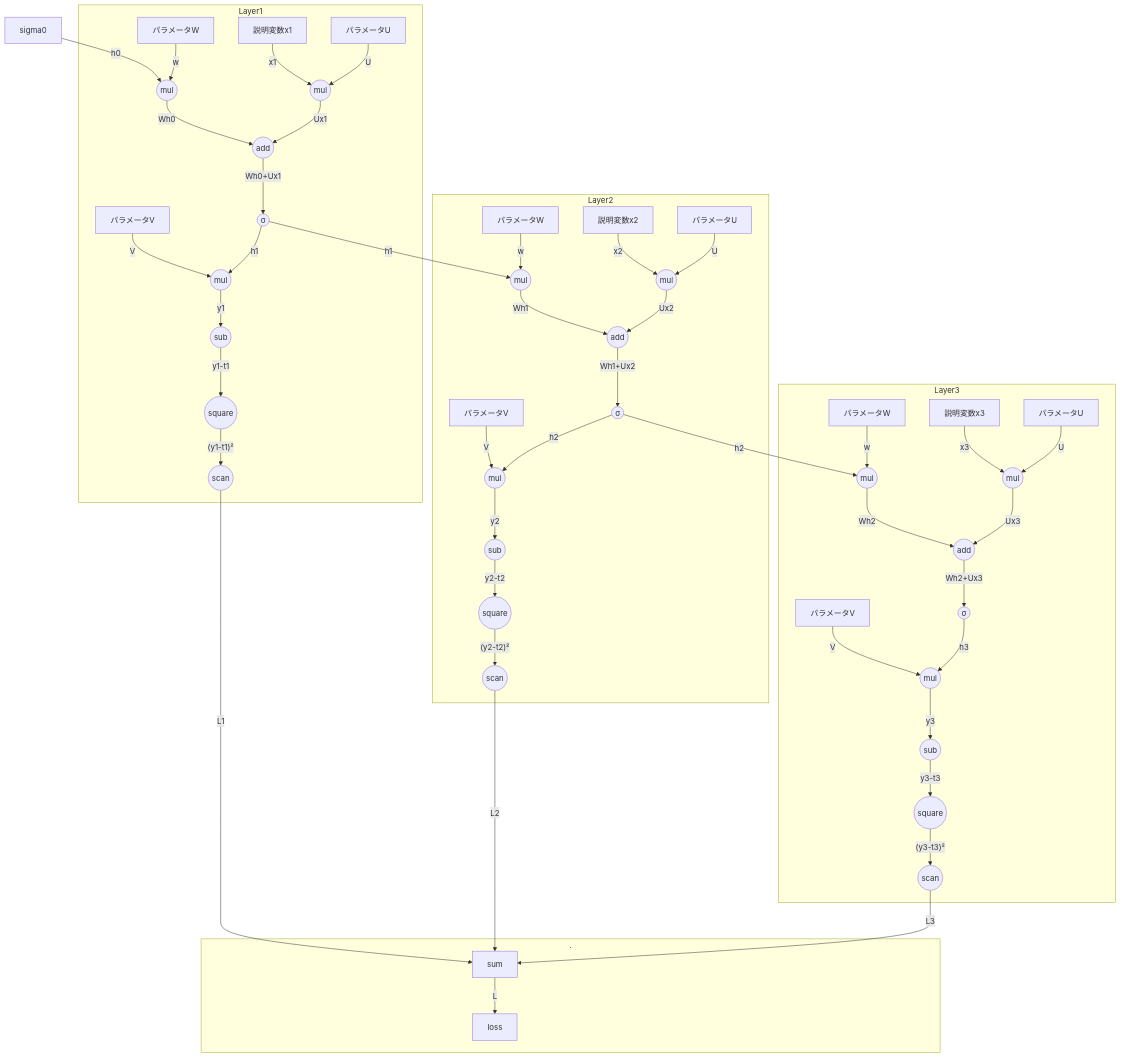
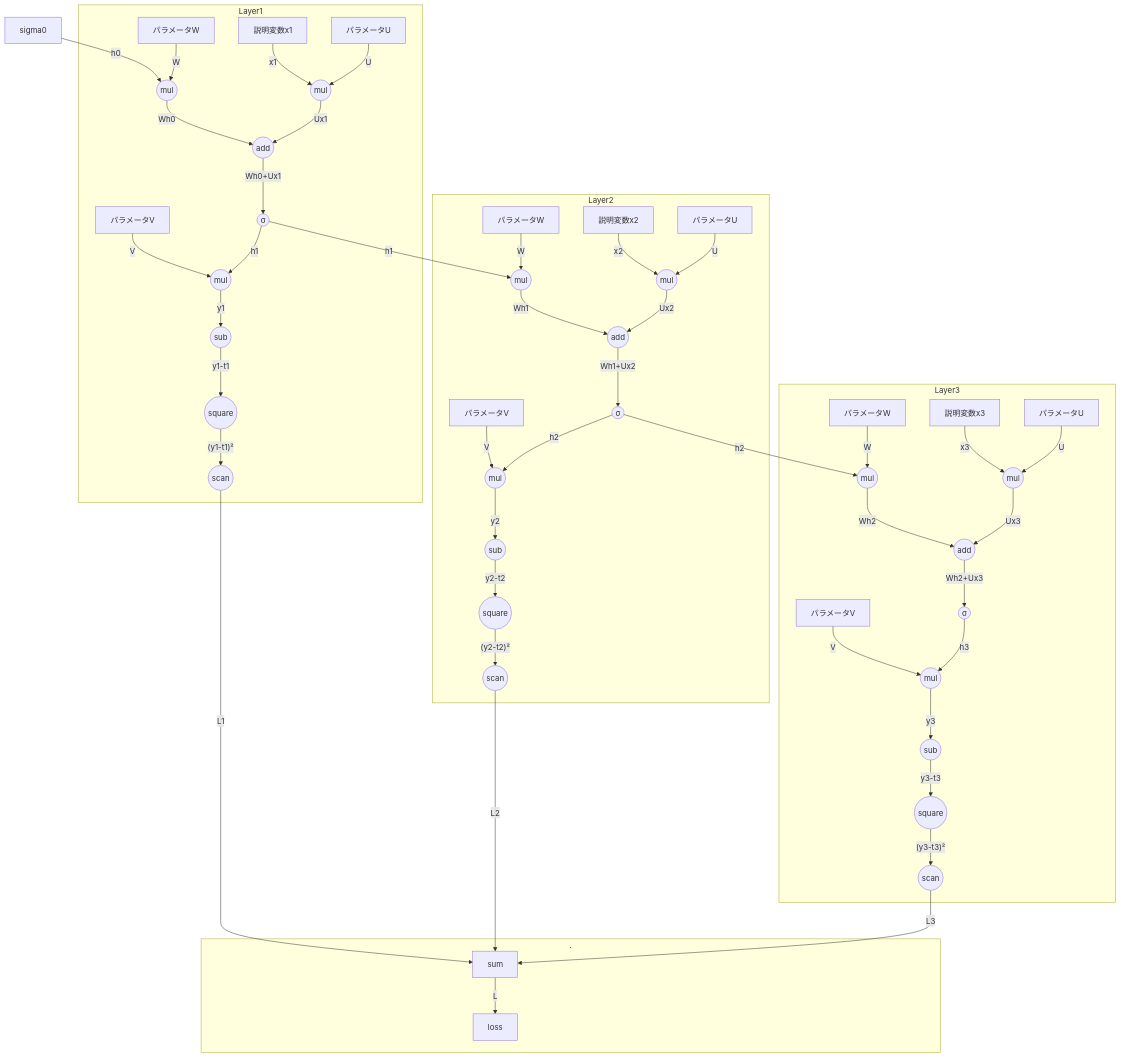
Before and after one commit to wskorng/UnyObsidian: the first of 5 diagrams in 機械学習汎用知識/02# RNN.md, drawn with Mermaid. The commit also changed other lines of this file, not shown here.

````diff
--- a/機械学習汎用知識/02# RNN.md
+++ b/機械学習汎用知識/02# RNN.md
@@ -8,63 +5,63 @@
 ```mermaid
 flowchart TD
 
   %% 損失ノード
   subgraph .
     sum -->|L| loss
   end
   
   sigma0 -->|h0| mula1
 
   %% Layer1
   subgraph Layer1
-    ParamW1["パラメータW"] -->|w| mula1((mul))
+    ParamW1["パラメータW"] -->|W| mula1((mul))
     mula1 -->|Wh0| adda1((add))
     X1["説明変数x1"] -->|x1| mulb1((mul))
     ParamU1["パラメータU"] -->|U| mulb1
     mulb1 -->|Ux1| adda1
     adda1 -->|Wh0+Ux1| sigma1((σ))
     ParamV1["パラメータV"] -->|V| mulc1
     sigma1 -->|h1| mulc1((mul))
     mulc1 -->|y1| sub1((sub))
     sub1 -->|y1-t1| sq1((square))
     sq1 -->|"(y1-t1)²"| scan1((scan))
     scan1 -->|L1| sum
   end
 
   sigma1 -->|h1| mula2
 
   %% Layer2
   subgraph Layer2
-    ParamW2["パラメータW"] -->|w| mula2((mul))
+    ParamW2["パラメータW"] -->|W| mula2((mul))
     mula2 -->|Wh1| adda2((add))
     X2["説明変数x2"] -->|x2| mulb2((mul))
     ParamU2["パラメータU"] -->|U| mulb2
     mulb2 -->|Ux2| adda2
     adda2 -->|Wh1+Ux2| sigma2((σ))
     ParamV2["パラメータV"] -->|V| mulc2
     sigma2 -->|h2| mulc2((mul))
     mulc2 -->|y2| sub2((sub))
     sub2 -->|y2-t2| sq2((square))
     sq2 -->|"(y2-t2)²"| scan2((scan))
     scan2 -->|L2| sum
   end
 
   sigma2 -->|h2| mula3
 
   %% Layer3
   subgraph Layer3
-    ParamW3["パラメータW"] -->|w| mula3((mul))
+    ParamW3["パラメータW"] -->|W| mula3((mul))
     mula3 -->|Wh2| adda3((add))
     X3["説明変数x3"] -->|x3| mulb3((mul))
     ParamU3["パラメータU"] -->|U| mulb3
     mulb3 -->|Ux3| adda3
     adda3 -->|Wh2+Ux3| sigma3((σ))
     ParamV3["パラメータV"] -->|V| mulc3
     sigma3 -->|h3| mulc3((mul))
     mulc3 -->|y3| sub3((sub))
     sub3 -->|y3-t3| sq3((square))
     sq3 -->|"(y3-t3)²"| scan3((scan))
     scan3 -->|L3| sum
   end
 
 ```
````
